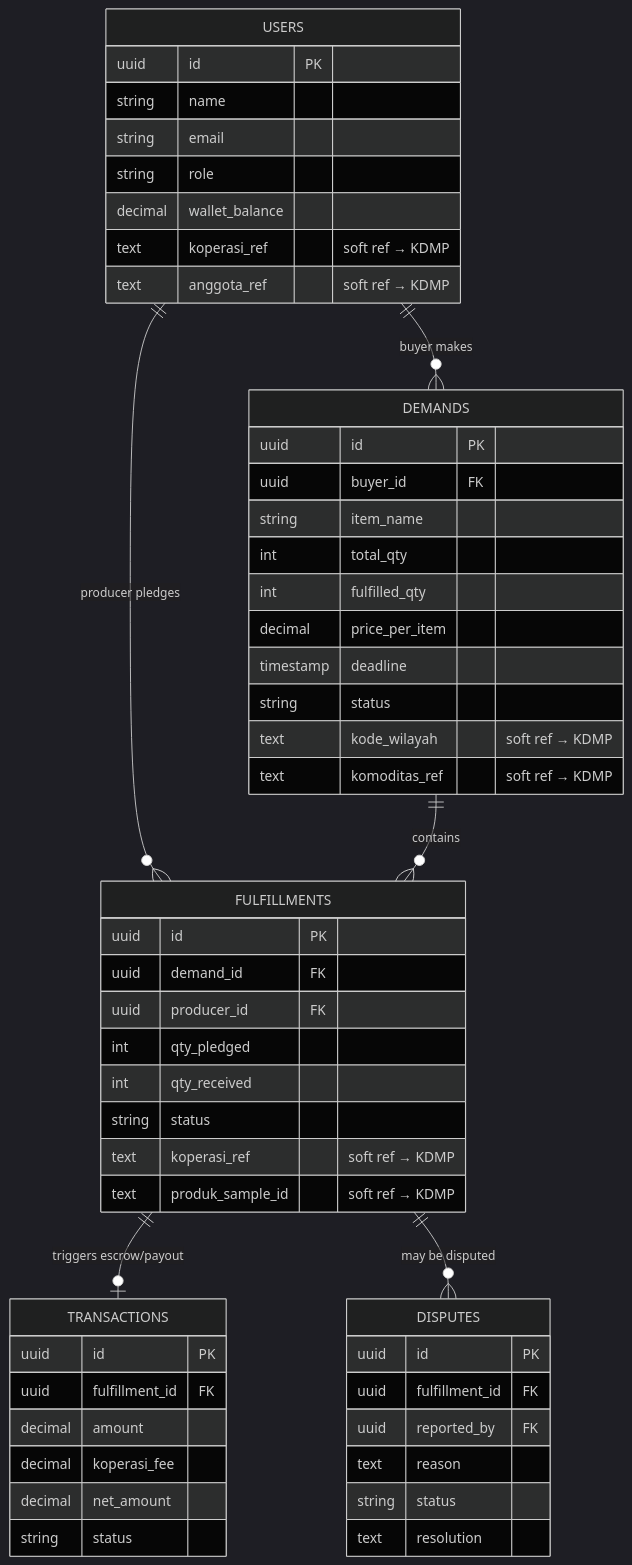
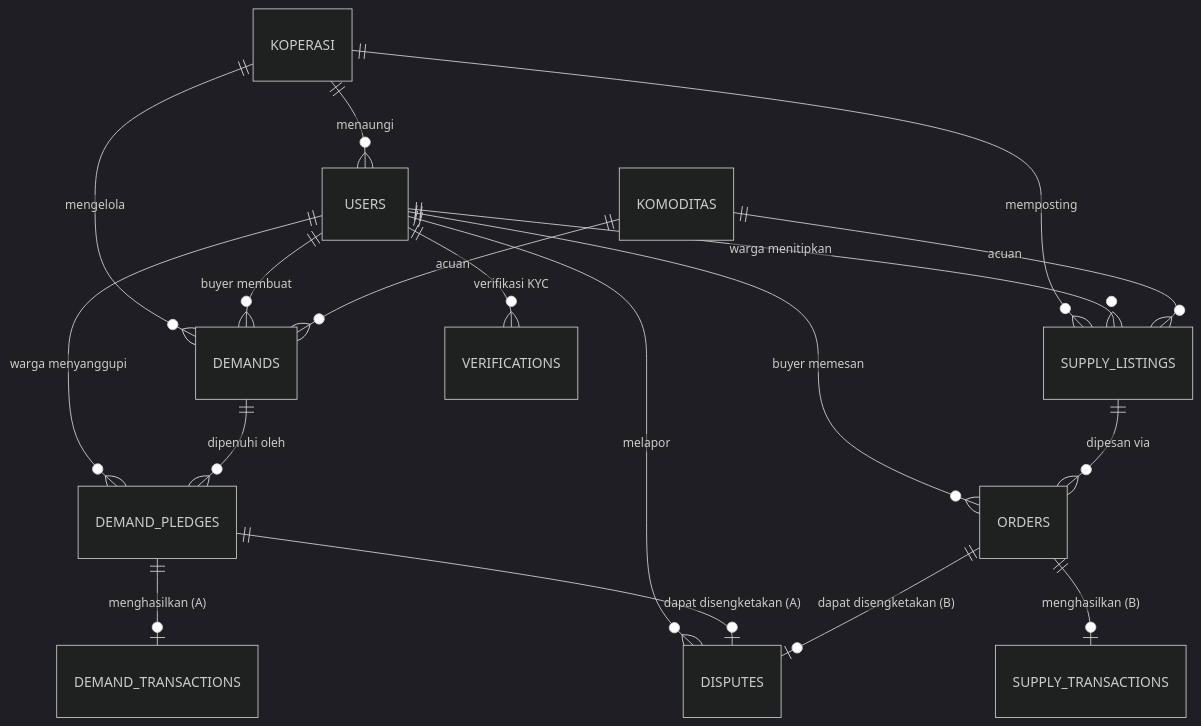
Before and after one commit to niceProg/budes: the second of 2 diagrams in PRD.md, drawn with Mermaid (dark theme). The commit also changed other lines of this file and 10 other files, not shown here.

````diff
--- a/PRD.md
+++ b/PRD.md
@@ -176,56 +179,20 @@
 ```mermaid
 erDiagram
-    USERS {
-        uuid id PK
-        string name
-        string email
-        string role
-        decimal wallet_balance
-        text koperasi_ref "soft ref → KDMP"
-        text anggota_ref "soft ref → KDMP"
-    }
-    DEMANDS {
-        uuid id PK
-        uuid buyer_id FK
-        string item_name
-        int total_qty
-        int fulfilled_qty
-        decimal price_per_item
-        timestamp deadline
-        string status
-        text kode_wilayah "soft ref → KDMP"
-        text komoditas_ref "soft ref → KDMP"
-    }
-    FULFILLMENTS {
-        uuid id PK
-        uuid demand_id FK
-        uuid producer_id FK
-        int qty_pledged
-        int qty_received
-        string status
-        text koperasi_ref "soft ref → KDMP"
-        text produk_sample_id "soft ref → KDMP"
-    }
-    TRANSACTIONS {
-        uuid id PK
-        uuid fulfillment_id FK
-        decimal amount
-        decimal koperasi_fee
-        decimal net_amount
-        string status
-    }
-    DISPUTES {
-        uuid id PK
-        uuid fulfillment_id FK
-        uuid reported_by FK
-        text reason
-        string status
-        text resolution
-    }
-
-    USERS ||--o{ DEMANDS : "buyer makes"
-    USERS ||--o{ FULFILLMENTS : "producer pledges"
-    DEMANDS ||--o{ FULFILLMENTS : "contains"
-    FULFILLMENTS ||--o| TRANSACTIONS : "triggers escrow/payout"
-    FULFILLMENTS ||--o{ DISPUTES : "may be disputed"
+    KOPERASI ||--o{ USERS           : "menaungi"
+    KOPERASI ||--o{ DEMANDS         : "mengelola"
+    KOPERASI ||--o{ SUPPLY_LISTINGS : "memposting"
+    USERS ||--o{ VERIFICATIONS   : "verifikasi KYC"
+    USERS ||--o{ DEMANDS         : "buyer membuat"
+    USERS ||--o{ DEMAND_PLEDGES  : "warga menyanggupi"
+    USERS ||--o{ SUPPLY_LISTINGS : "warga menitipkan"
+    USERS ||--o{ ORDERS          : "buyer memesan"
+    USERS ||--o{ DISPUTES        : "melapor"
+    KOMODITAS ||--o{ DEMANDS         : "acuan"
+    KOMODITAS ||--o{ SUPPLY_LISTINGS : "acuan"
+    DEMANDS         ||--o{ DEMAND_PLEDGES : "dipenuhi oleh"
+    SUPPLY_LISTINGS ||--o{ ORDERS        : "dipesan via"
+    DEMAND_PLEDGES ||--o| DEMAND_TRANSACTIONS : "menghasilkan (A)"
+    ORDERS         ||--o| SUPPLY_TRANSACTIONS : "menghasilkan (B)"
+    DEMAND_PLEDGES ||--o| DISPUTES : "dapat disengketakan (A)"
+    ORDERS         ||--o| DISPUTES : "dapat disengketakan (B)"
 ```
````
